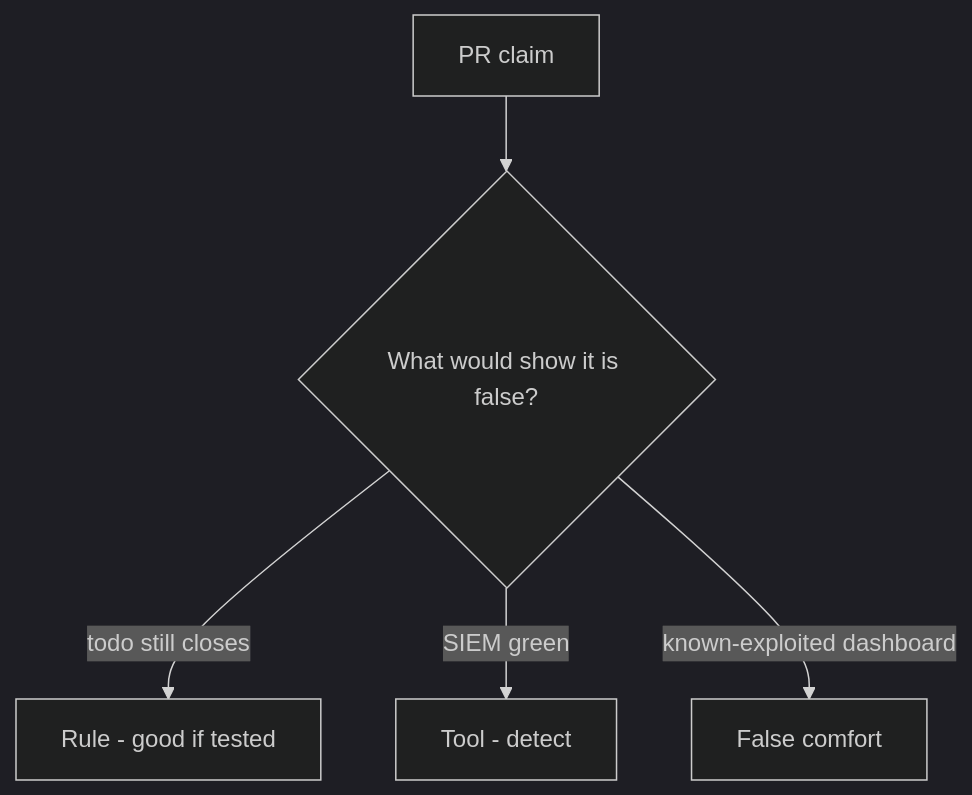
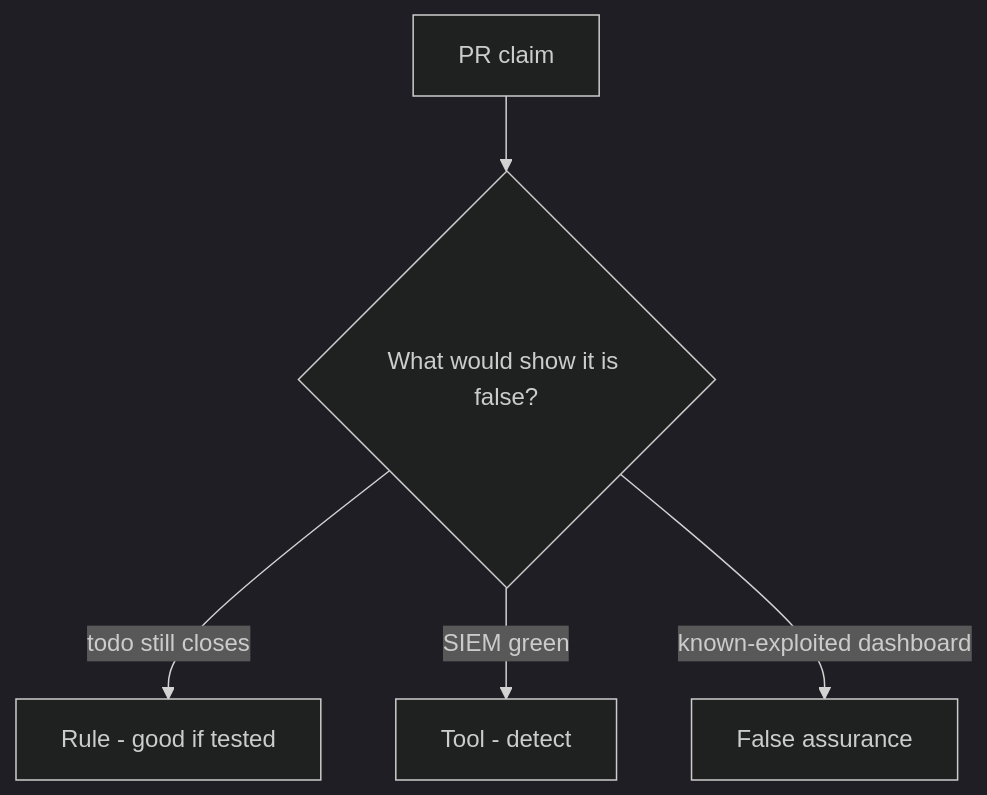
Before and after one commit to ishitvagoel/LearnSecurity: the diagram in content/modules/10/10.5/lessons/08-review.md, drawn with Mermaid (dark theme). The commit also changed other lines of this file and 240 other files, not shown here.

````diff
--- a/content/modules/10/10.5/lessons/08-review.md
+++ b/content/modules/10/10.5/lessons/08-review.md
@@ -18,7 +18,7 @@
 ```mermaid
 flowchart TD
   Claim[PR claim] --> Q{"What would show it is false?"}
   Q -->|todo still closes| Property["Rule - good if tested"]
   Q -->|SIEM green| Mechanism[Tool - detect]
-  Q -->|known-exploited dashboard| False[False comfort]
+  Q -->|known-exploited dashboard| False[False assurance]
 ```
````
